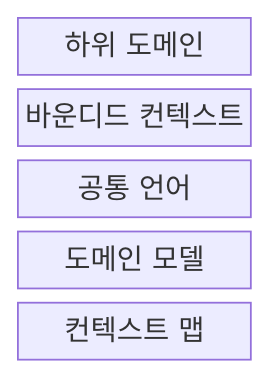
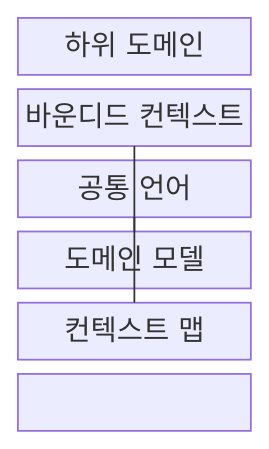
One commit to agnusdei1207/knowledge-base changed the first of 2 diagrams in src/content/docs/notes/03-software/049_domain_driven_design.md. Above: the diagram before and after it, drawn with Mermaid. The commit also changed other lines of this file and 238 other files, not shown here.

````diff
--- a/src/content/docs/notes/03-software/049_domain_driven_design.md
+++ b/src/content/docs/notes/03-software/049_domain_driven_design.md
@@ -63,9 +63,12 @@
 ```mermaid
-block
+block-beta
   columns 1
   S["하위 도메인"]
   B["바운디드 컨텍스트"]
   U["공통 언어"]
   M["도메인 모델"]
   C["컨텍스트 맵"]
+  S --- B --- U
+  U --- M
+  B --- C
 ```
````
